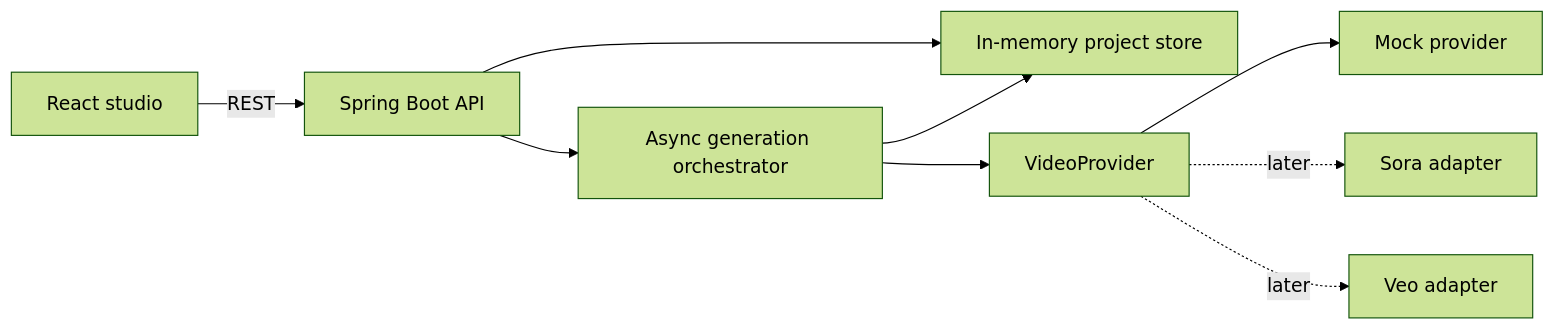
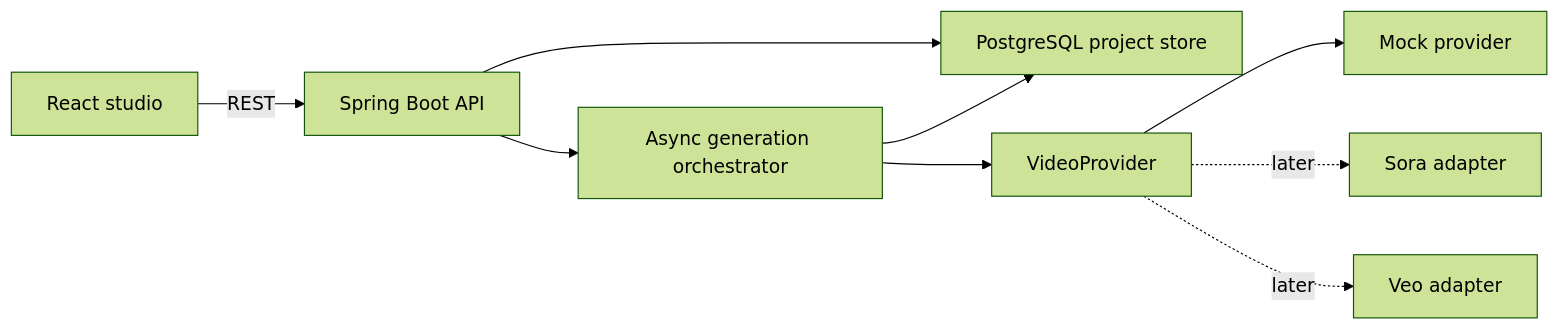
Before and after one commit to up-honey/AiAutoMvMaker: the first of 2 diagrams in docs/architecture.md, drawn with Mermaid (forest theme). The commit also changed other lines of this file and 17 other files, not shown here.

````diff
--- a/docs/architecture.md
+++ b/docs/architecture.md
@@ -7,11 +7,11 @@
 ```mermaid
 flowchart LR
     UI["React studio"] -->|REST| API["Spring Boot API"]
-    API --> STORE["In-memory project store"]
+    API --> STORE["PostgreSQL project store"]
     API --> QUEUE["Async generation orchestrator"]
     QUEUE --> PROVIDER["VideoProvider"]
     PROVIDER --> MOCK["Mock provider"]
     PROVIDER -. later .-> SORA["Sora adapter"]
     PROVIDER -. later .-> VEO["Veo adapter"]
     QUEUE --> STORE
 ```
````
